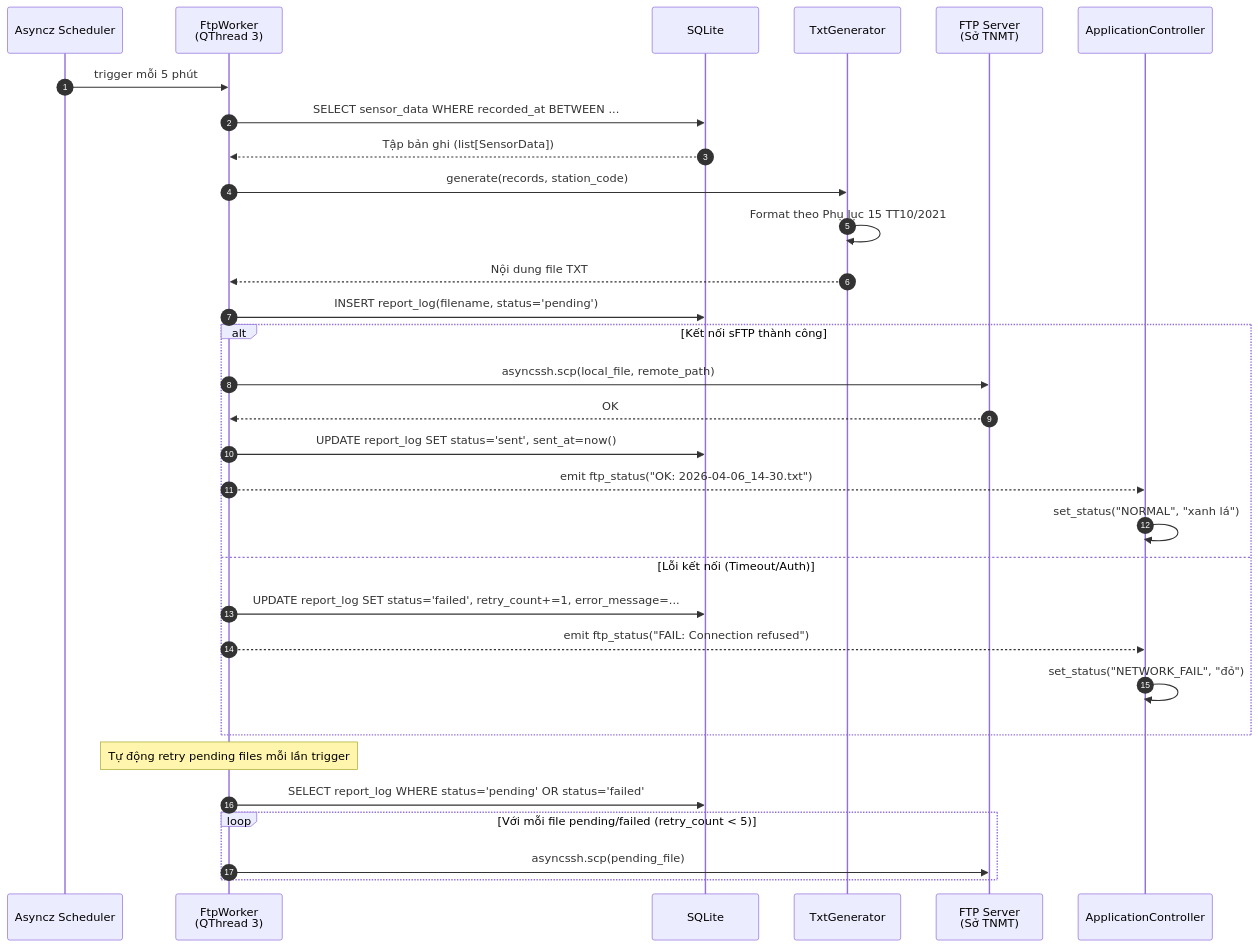
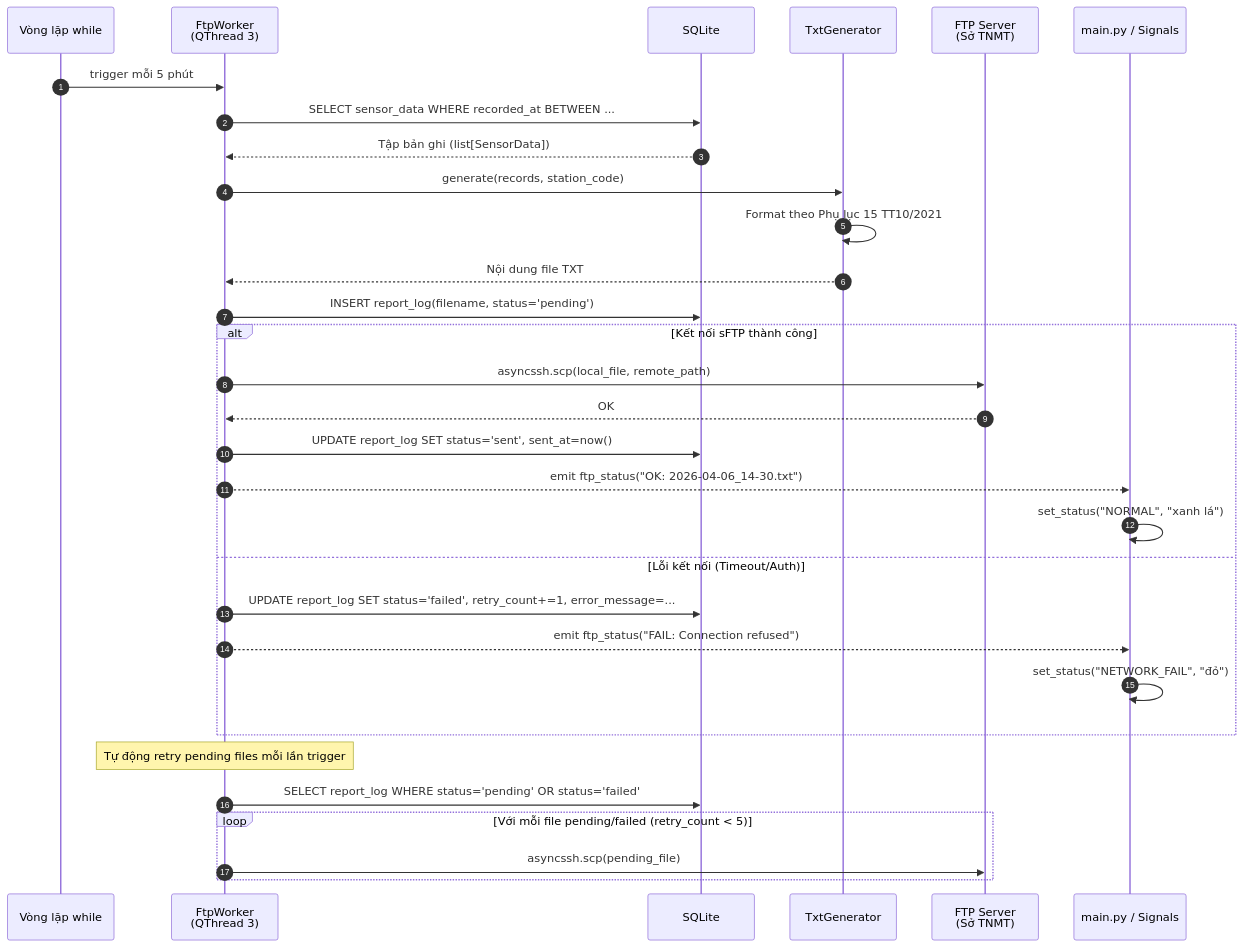
Before and after one commit to quytttb/data-logger: the sixth of 6 diagrams in plan/report/3_thiet_ke_he_thong.md, drawn with Mermaid. The commit also changed other lines of this file and 50 other files, not shown here.

````diff
--- a/plan/report/3_thiet_ke_he_thong.md
+++ b/plan/report/3_thiet_ke_he_thong.md
@@ -580,39 +566,39 @@
 ```mermaid
 sequenceDiagram
     autonumber
-    participant Sched as Asyncz Scheduler
+    participant Timer as Vòng lặp while
     participant FTP as FtpWorker<br>(QThread 3)
     participant DB as SQLite
     participant Gen as TxtGenerator
     participant SFTP as FTP Server<br>(Sở TNMT)
-    participant Main as ApplicationController
+    participant Main as main.py / Signals
 
-    Sched->>FTP: trigger mỗi 5 phút
+    Timer->>FTP: trigger mỗi 5 phút
     FTP->>DB: SELECT sensor_data WHERE recorded_at BETWEEN ...
     DB-->>FTP: Tập bản ghi (list[SensorData])
 
     FTP->>Gen: generate(records, station_code)
     Gen->>Gen: Format theo Phụ lục 15 TT10/2021
     Gen-->>FTP: Nội dung file TXT
 
     FTP->>DB: INSERT report_log(filename, status='pending')
 
     alt Kết nối sFTP thành công
         FTP->>SFTP: asyncssh.scp(local_file, remote_path)
         SFTP-->>FTP: OK
         FTP->>DB: UPDATE report_log SET status='sent', sent_at=now()
         FTP-->>Main: emit ftp_status("OK: 2026-04-06_14-30.txt")
         Main->>Main: set_status("NORMAL", "xanh lá")
 
     else Lỗi kết nối (Timeout/Auth)
         FTP->>DB: UPDATE report_log SET status='failed', retry_count+=1, error_message=...
         FTP-->>Main: emit ftp_status("FAIL: Connection refused")
         Main->>Main: set_status("NETWORK_FAIL", "đỏ")
     end
 
     Note over FTP: Tự động retry pending files mỗi lần trigger
     FTP->>DB: SELECT report_log WHERE status='pending' OR status='failed'
     loop Với mỗi file pending/failed (retry_count < 5)
         FTP->>SFTP: asyncssh.scp(pending_file)
     end
 ```
````
